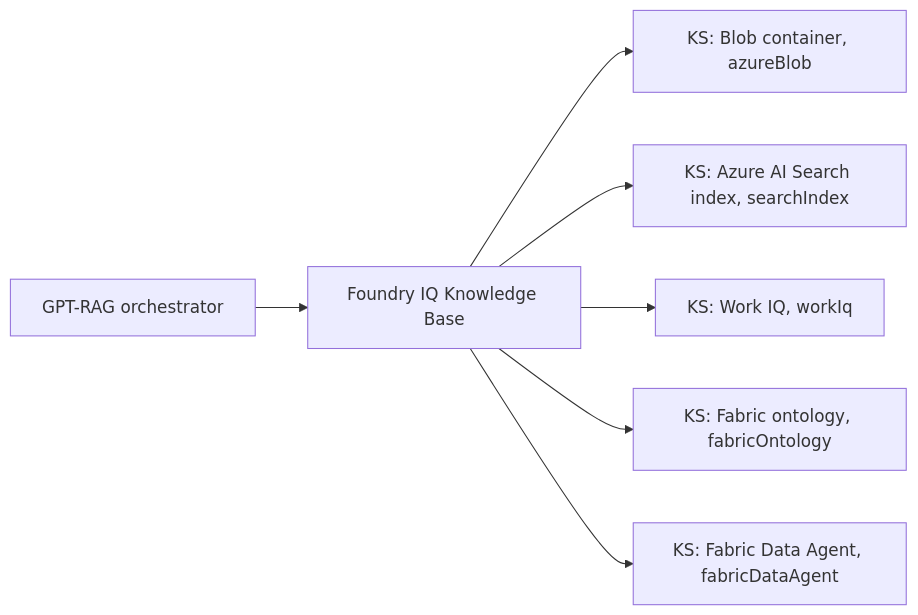
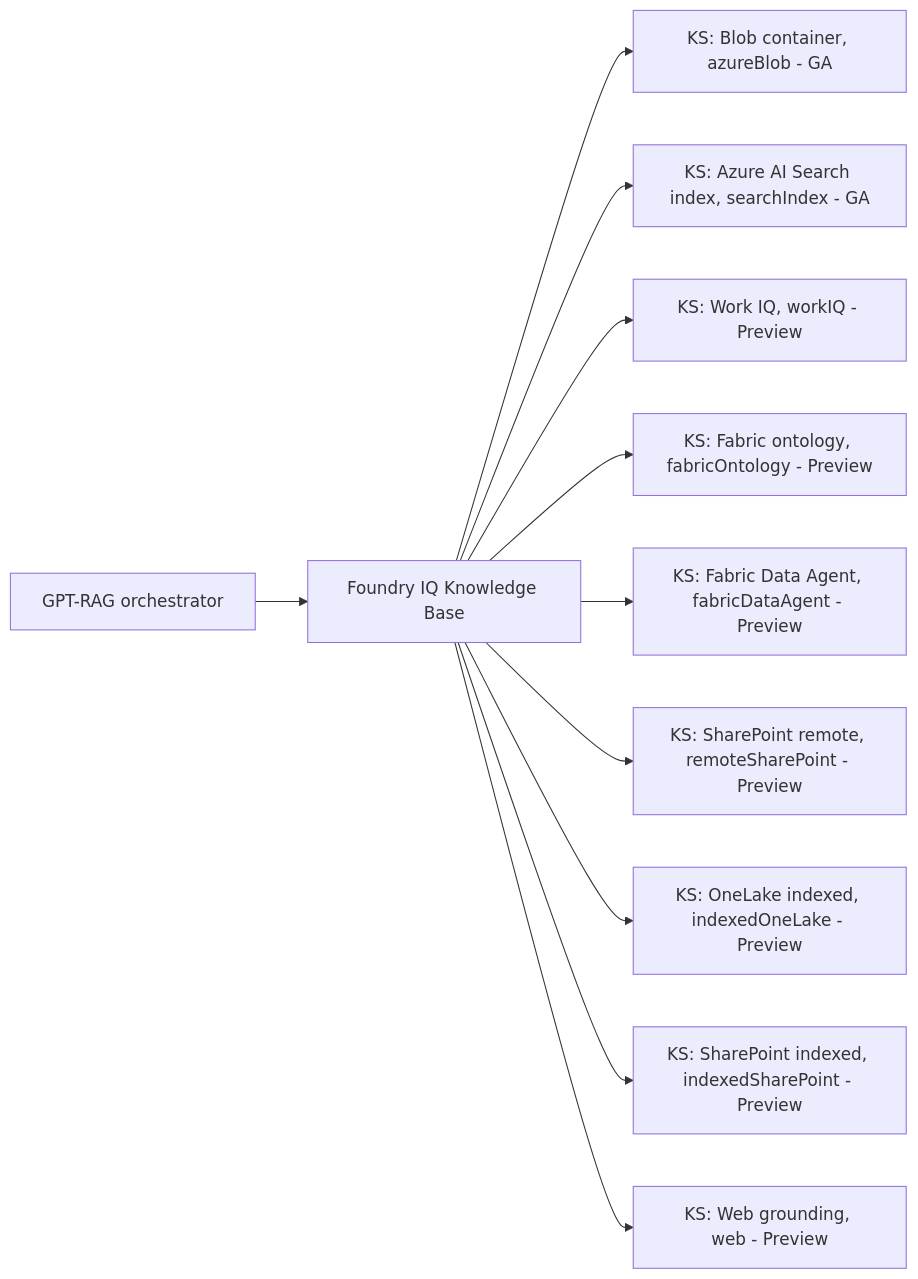
The diagram in docs/howto_grounding_overview.md (Azure/GPT-RAG), drawn with Mermaid before and after one commit. The commit also changed other lines of this file and 2 other files, not shown here.

````diff
--- a/docs/howto_grounding_overview.md
+++ b/docs/howto_grounding_overview.md
@@ -75,9 +84,13 @@
 ```mermaid
 flowchart LR
   O[GPT-RAG orchestrator] --> KB[Foundry IQ Knowledge Base]
-  KB --> KS1[KS: Blob container, azureBlob]
-  KB --> KS2[KS: Azure AI Search index, searchIndex]
-  KB --> KS3[KS: Work IQ, workIq]
-  KB --> KS4[KS: Fabric ontology, fabricOntology]
-  KB --> KS5[KS: Fabric Data Agent, fabricDataAgent]
+  KB --> KS1[KS: Blob container, azureBlob - GA]
+  KB --> KS2[KS: Azure AI Search index, searchIndex - GA]
+  KB --> KS3[KS: Work IQ, workIQ - Preview]
+  KB --> KS4[KS: Fabric ontology, fabricOntology - Preview]
+  KB --> KS5[KS: Fabric Data Agent, fabricDataAgent - Preview]
+  KB --> KS6[KS: SharePoint remote, remoteSharePoint - Preview]
+  KB --> KS7[KS: OneLake indexed, indexedOneLake - Preview]
+  KB --> KS8[KS: SharePoint indexed, indexedSharePoint - Preview]
+  KB --> KS9[KS: Web grounding, web - Preview]
 ```
````
